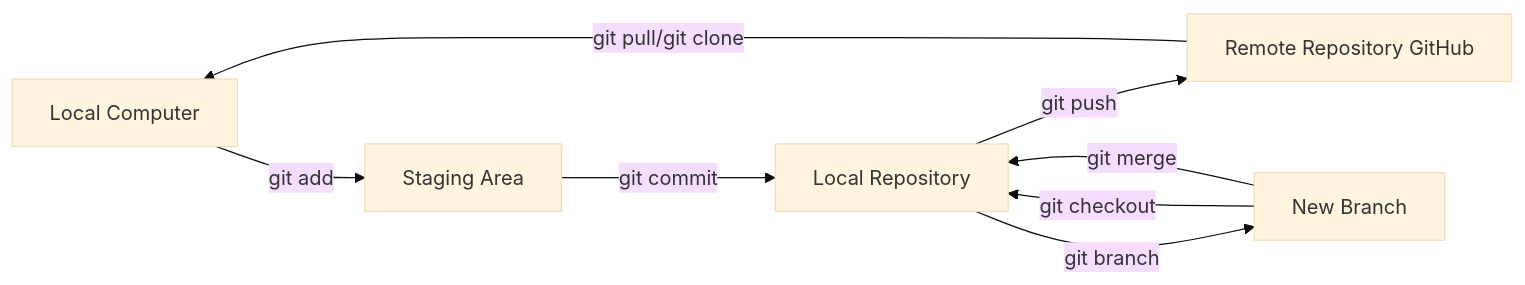
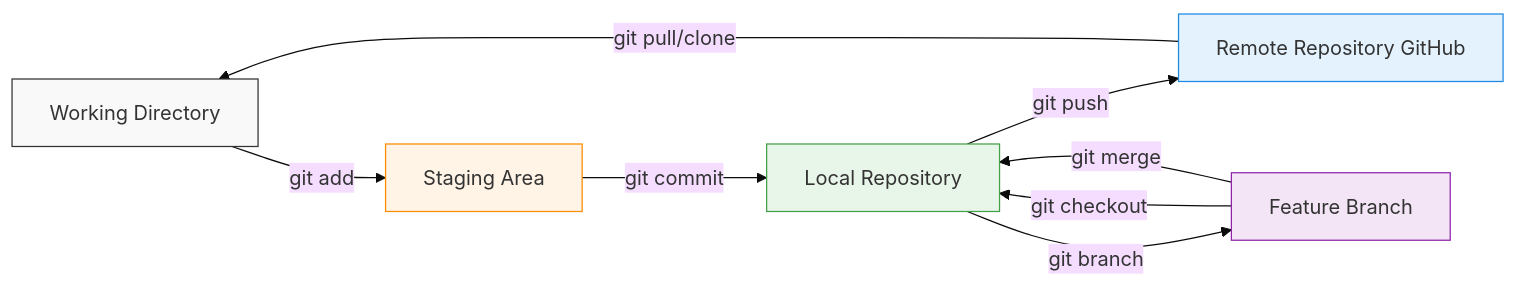
Before and after one commit to DreamLab-AI/dreamlab-ai-website: the first of 2 diagrams in public/data/workshops/workshop-00-infra/01_why_git.md, drawn with Mermaid (base theme). The commit also changed other lines of this file and 73 other files, not shown here.

````diff
--- a/public/data/workshops/workshop-00-infra/01_why_git.md
+++ b/public/data/workshops/workshop-00-infra/01_why_git.md
@@ -35,10 +41,16 @@
 ```mermaid
 graph LR
-    A[Local Computer] -- git add --> B[Staging Area]
+    A[Working Directory] -- git add --> B[Staging Area]
     B -- git commit --> C[Local Repository]
     C -- git push --> D[Remote Repository GitHub]
-    D -- git pull/git clone --> A
-    C -- git branch --> E[New Branch]
+    D -- git pull/clone --> A
+    C -- git branch --> E[Feature Branch]
     E -- git checkout --> C
     E -- git merge --> C
+
+    style A fill:#f9f9f9,stroke:#333
+    style B fill:#fff4e6,stroke:#fb8c00
+    style C fill:#e8f5e9,stroke:#43a047
+    style D fill:#e3f2fd,stroke:#1e88e5
+    style E fill:#f3e5f5,stroke:#8e24aa
 ```
````
